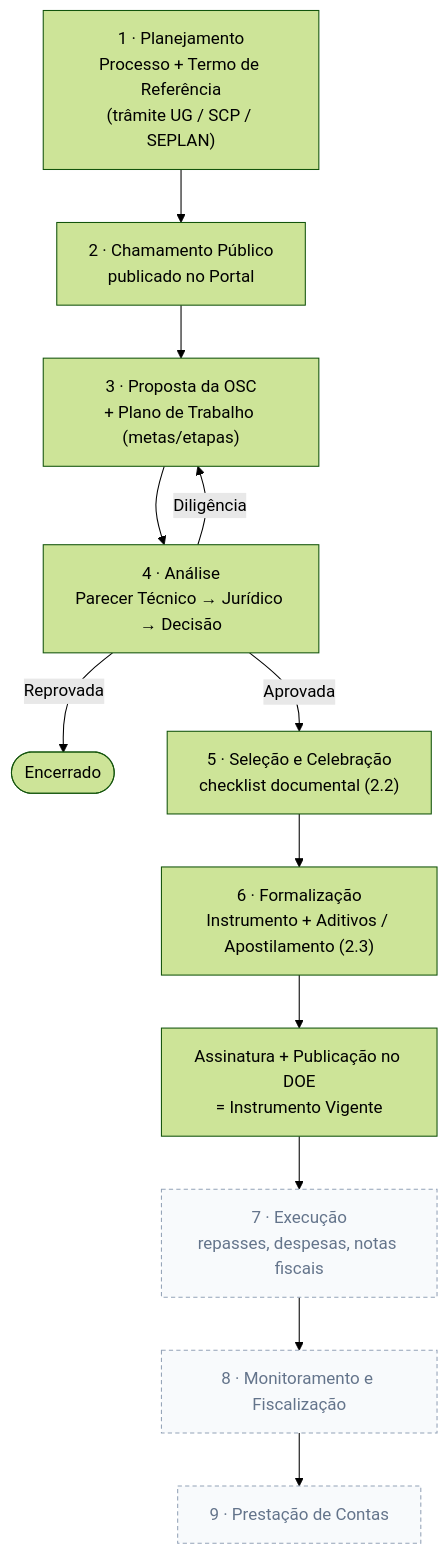
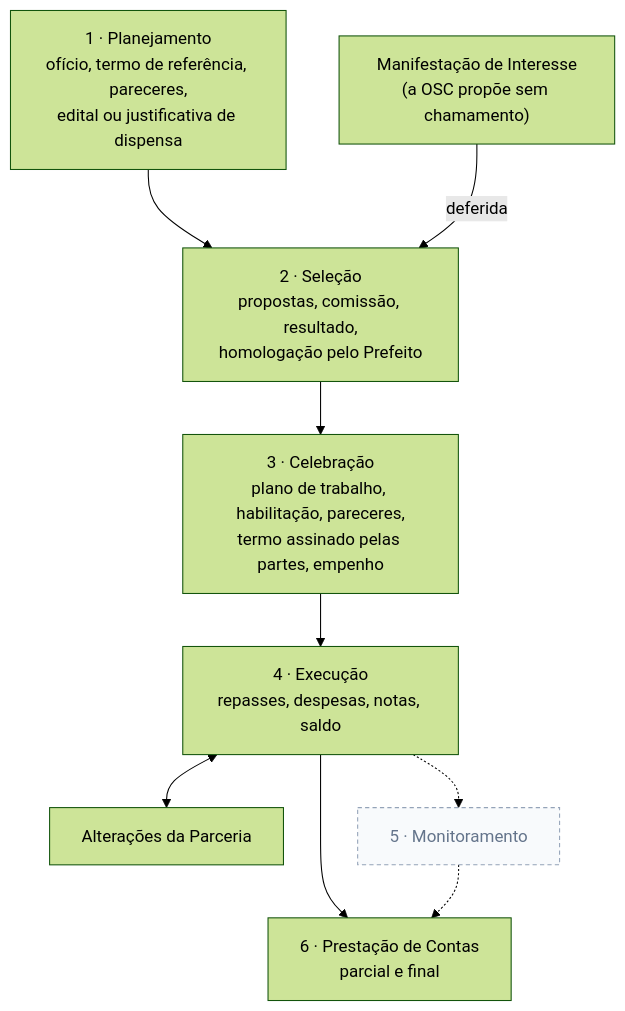
The first of 2 diagrams in README.md (IsaacMRodrigues/gestaoParcerias), drawn with Mermaid (forest theme) before and after one commit. The commit also changed other lines of this file, not shown here.

````diff
--- a/README.md
+++ b/README.md
@@ -73,17 +149,15 @@
 ```mermaid
 flowchart TD
-    PLAN["1 · Planejamento<br/>Processo + Termo de Referência<br/>(trâmite UG / SCP / SEPLAN)"] --> CH["2 · Chamamento Público<br/>publicado no Portal"]
-    CH --> PROP["3 · Proposta da OSC<br/>+ Plano de Trabalho (metas/etapas)"]
-    PROP --> AN["4 · Análise<br/>Parecer Técnico → Jurídico → Decisão"]
-    AN -->|Diligência| PROP
-    AN -->|Reprovada| FIM(["Encerrado"])
-    AN -->|Aprovada| SEL["5 · Seleção e Celebração<br/>checklist documental (2.2)"]
-    SEL --> FORM["6 · Formalização<br/>Instrumento + Aditivos / Apostilamento (2.3)"]
-    FORM --> VIG["Assinatura + Publicação no DOE<br/>= Instrumento Vigente"]
-    VIG --> EXE["7 · Execução<br/>repasses, despesas, notas fiscais"]
-    EXE --> MON["8 · Monitoramento e Fiscalização"]
-    MON --> PC["9 · Prestação de Contas"]
+    PLAN["1 · Planejamento<br/>ofício, termo de referência, pareceres,<br/>edital ou justificativa de dispensa"] --> SEL
+    MI["Manifestação de Interesse<br/>(a OSC propõe sem chamamento)"] -->|deferida| SEL
+    SEL["2 · Seleção<br/>propostas, comissão, resultado,<br/>homologação pelo Prefeito"] --> CEL
+    CEL["3 · Celebração<br/>plano de trabalho, habilitação, pareceres,<br/>termo assinado pelas partes, empenho"] --> EXE
+    EXE["4 · Execução<br/>repasses, despesas, notas, saldo"] --> PC
+    EXE <--> ALT["Alterações da Parceria"]
+    EXE -.-> MON["5 · Monitoramento"]
+    MON -.-> PC
+    PC["6 · Prestação de Contas<br/>parcial e final"]
 
     classDef futuro fill:#f8fafc,stroke:#94a3b8,stroke-dasharray:4 3,color:#64748b;
-    class EXE,MON,PC futuro
+    class MON futuro
 ```
````
